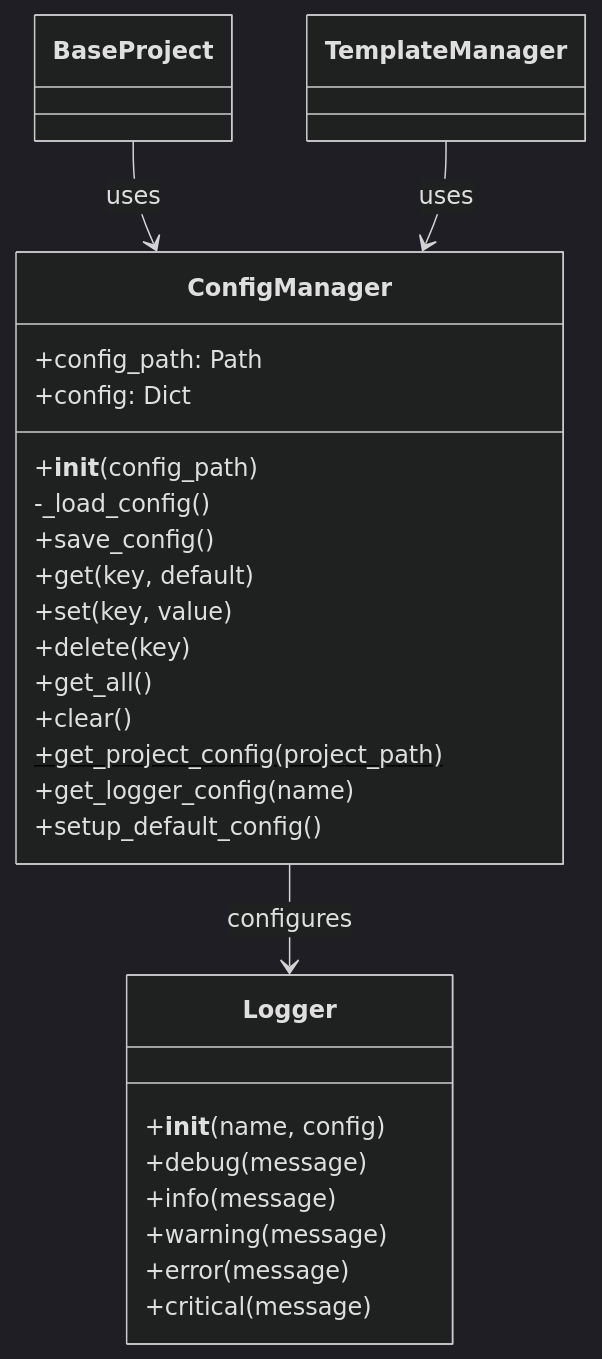
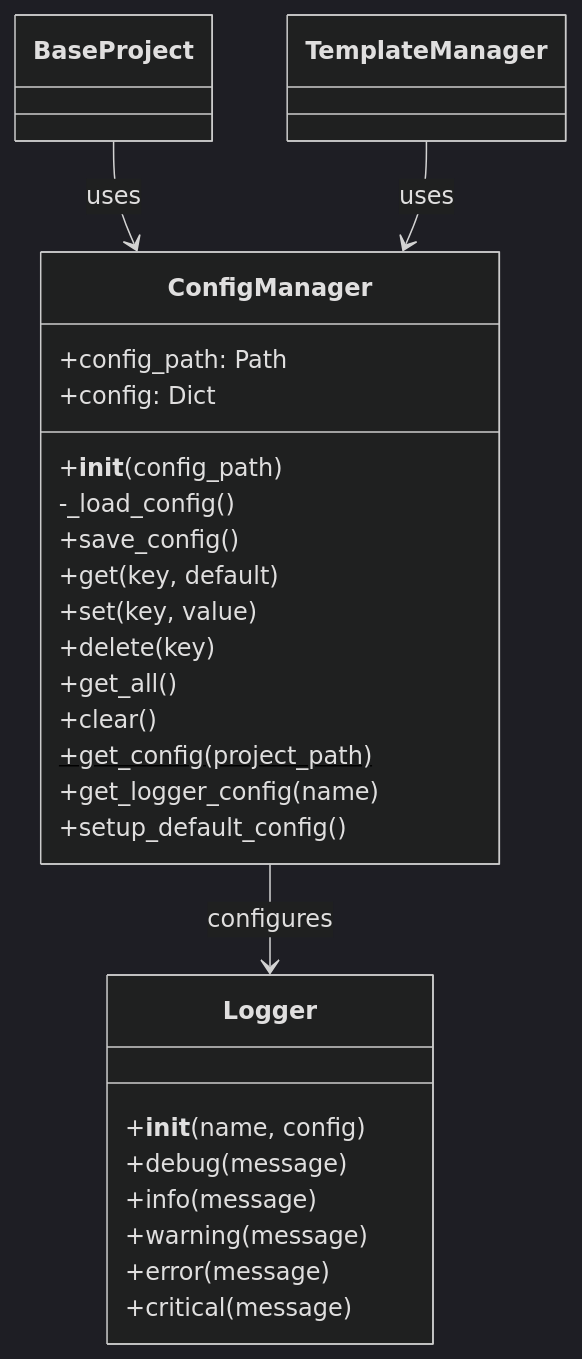
The fifth of 10 diagrams in doc/cicd_tools_architecture_plan.md (r4d4m4n71s/cicd_tools), drawn with Mermaid (dark theme) before and after one commit. The commit also changed other lines of this file and 12 other files, not shown here.

````diff
--- a/doc/cicd_tools_architecture_plan.md
+++ b/doc/cicd_tools_architecture_plan.md
@@ -278,31 +278,31 @@
 ```mermaid
 classDiagram
     class ConfigManager {
         +config_path: Path
         +config: Dict
         +__init__(config_path)
         -_load_config()
         +save_config()
         +get(key, default)
         +set(key, value)
         +delete(key)
         +get_all()
         +clear()
-        +get_project_config(project_path)$
+        +get_config(project_path)$
         +get_logger_config(name)
         +setup_default_config()
     }
     
     class Logger {
         +__init__(name, config)
         +debug(message)
         +info(message)
         +warning(message)
         +error(message)
         +critical(message)
     }
     
     BaseProject --> ConfigManager : uses
     TemplateManager --> ConfigManager : uses
     ConfigManager --> Logger : configures
 ```
````
